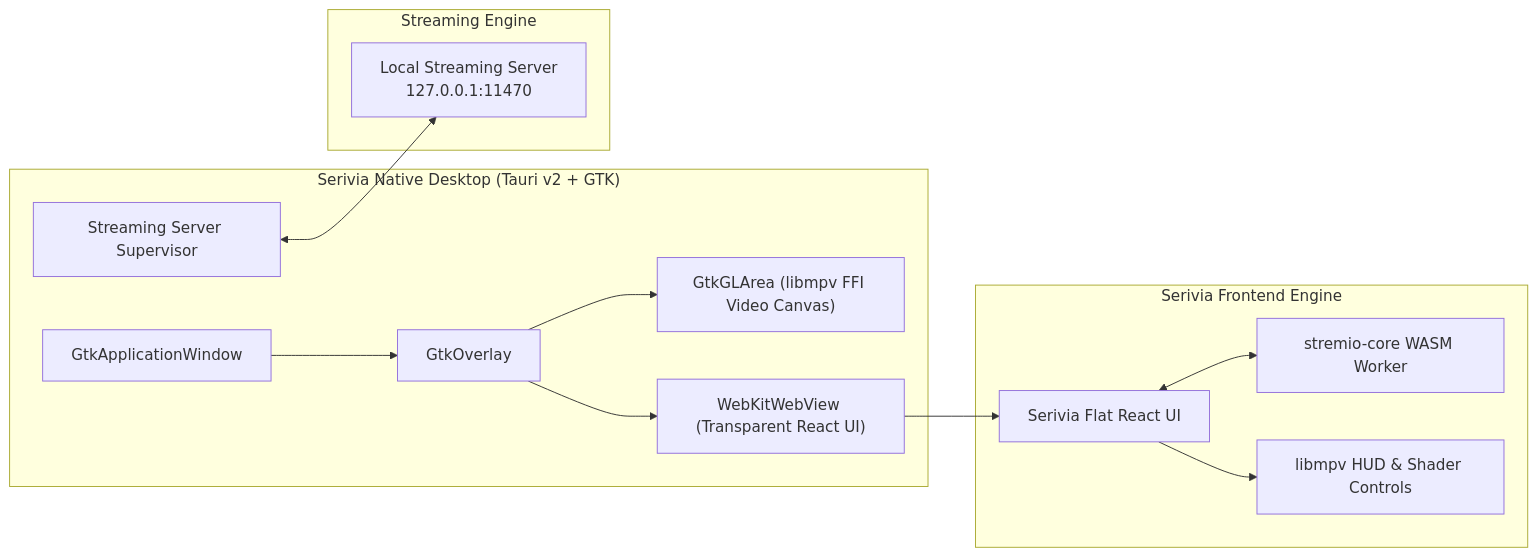
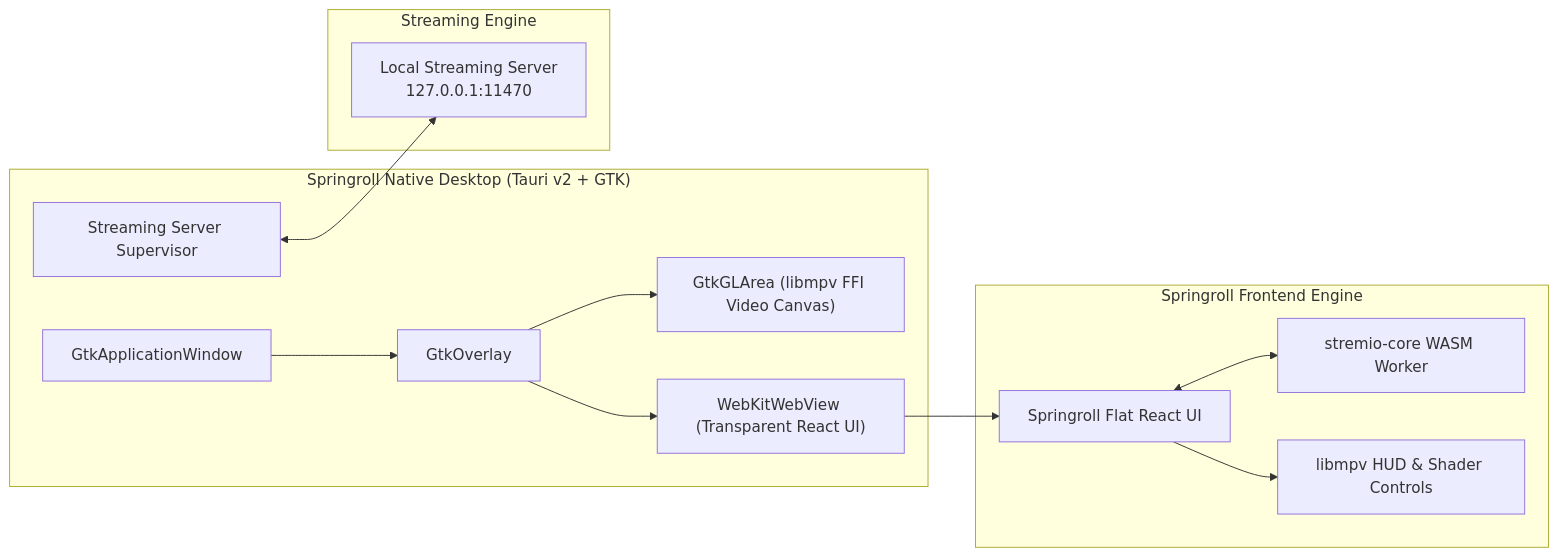
One commit to khSafvan/my-stremio-web changed the diagram in README.md. Above: the diagram before and after it, drawn with Mermaid. The commit also changed other lines of this file and 13 other files, not shown here.

Commit message:
refactor: rebrand project from Serivia to Springroll and add SpringrollLogo component

````diff
--- a/README.md
+++ b/README.md
@@ -50,28 +50,28 @@
 ```mermaid
 flowchart LR
-    subgraph Desktop["Serivia Native Desktop (Tauri v2 + GTK)"]
+    subgraph Desktop["Springroll Native Desktop (Tauri v2 + GTK)"]
         Window["GtkApplicationWindow"]
         Overlay["GtkOverlay"]
         GLArea["GtkGLArea (libmpv FFI Video Canvas)"]
         Webview["WebKitWebView (Transparent React UI)"]
         Supervisor["Streaming Server Supervisor"]
     end
 
-    subgraph Frontend["Serivia Frontend Engine"]
-        UI["Serivia Flat React UI"]
+    subgraph Frontend["Springroll Frontend Engine"]
+        UI["Springroll Flat React UI"]
         WASM["stremio-core WASM Worker"]
         PlayerHUD["libmpv HUD & Shader Controls"]
     end
 
     subgraph Engine["Streaming Engine"]
         Server["Local Streaming Server<br>127.0.0.1:11470"]
     end
 
     Window --> Overlay
     Overlay --> GLArea
     Overlay --> Webview
     Webview --> UI
     UI <--> WASM
     UI --> PlayerHUD
     Supervisor <--> Server
 ```
````
